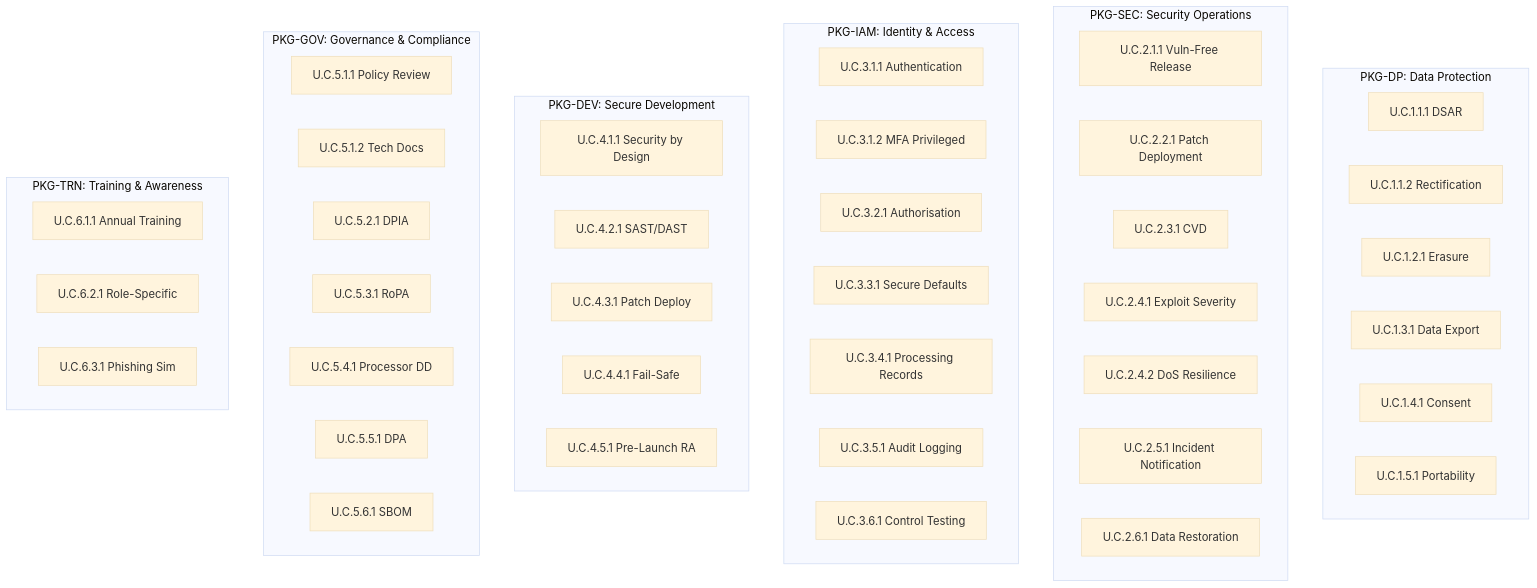
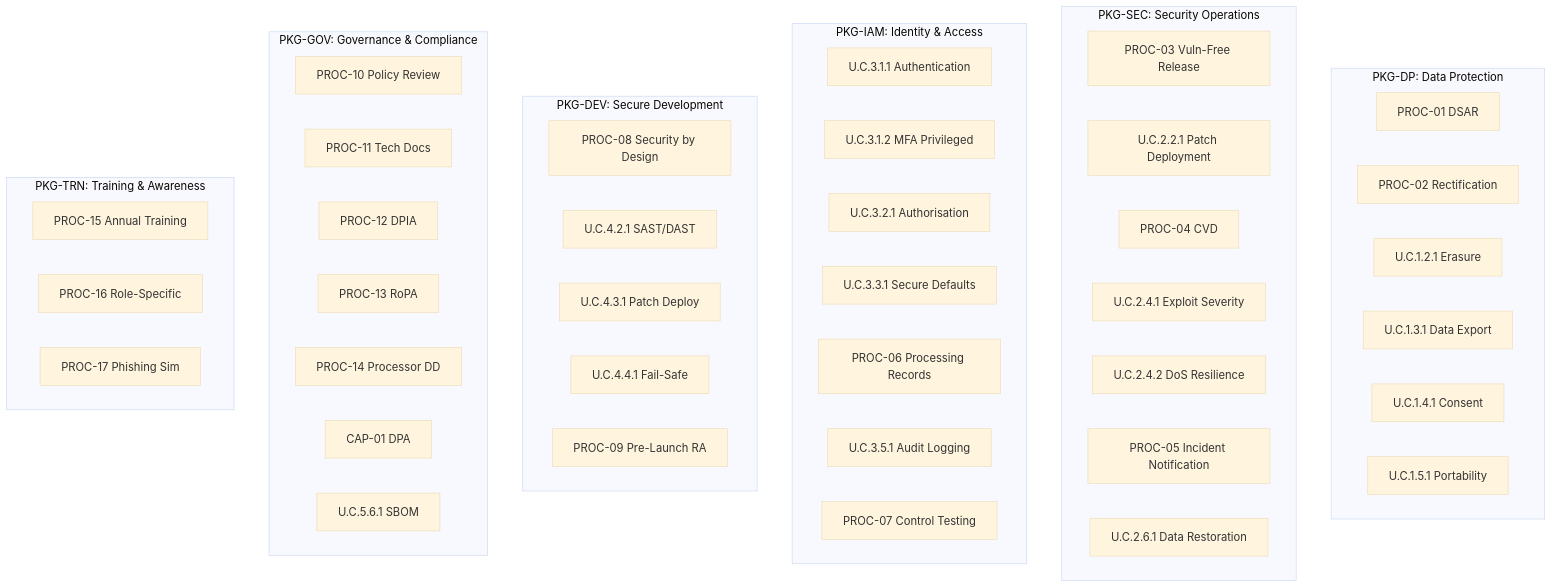
One commit to pauloribeiro16/Methodology_compact changed the first of 2 diagrams in 02_CASES/Case_01_TinyTask_SaaS/03_PHASE3_DECOMPOSITION_RICH/annexes/A_Use_Case_Diagrams.md. Above: the diagram before and after it, drawn with Mermaid (base theme). The commit also changed 20 other files, not shown here.

Commit message:
[EXECUTOR] LANE NAMING Case_01: 18 UCs re-laned (17 PROC + 1 CAP), 509 refs single-pass; Doc20 v3.1 §6.1 freeze superseded (P7); xlsx regenerated; gate PASS

````diff
--- a/02_CASES/Case_01_TinyTask_SaaS/03_PHASE3_DECOMPOSITION_RICH/annexes/A_Use_Case_Diagrams.md
+++ b/02_CASES/Case_01_TinyTask_SaaS/03_PHASE3_DECOMPOSITION_RICH/annexes/A_Use_Case_Diagrams.md
@@ -35,50 +35,50 @@
 ```mermaid
 graph TB
     subgraph PKG_DP[PKG-DP: Data Protection]
-        UC11[U.C.1.1.1 DSAR]
-        UC12[U.C.1.1.2 Rectification]
+        UC11[PROC-01 DSAR]
+        UC12[PROC-02 Rectification]
         UC13[U.C.1.2.1 Erasure]
         UC14[U.C.1.3.1 Data Export]
         UC15[U.C.1.4.1 Consent]
         UC16[U.C.1.5.1 Portability]
     end
     subgraph PKG_SEC[PKG-SEC: Security Operations]
-        UC21[U.C.2.1.1 Vuln-Free Release]
+        UC21[PROC-03 Vuln-Free Release]
         UC22[U.C.2.2.1 Patch Deployment]
-        UC23[U.C.2.3.1 CVD]
+        UC23[PROC-04 CVD]
         UC24[U.C.2.4.1 Exploit Severity]
         UC25[U.C.2.4.2 DoS Resilience]
-        UC26[U.C.2.5.1 Incident Notification]
+        UC26[PROC-05 Incident Notification]
         UC27[U.C.2.6.1 Data Restoration]
     end
     subgraph PKG_IAM[PKG-IAM: Identity & Access]
         UC31[U.C.3.1.1 Authentication]
         UC32[U.C.3.1.2 MFA Privileged]
         UC33[U.C.3.2.1 Authorisation]
         UC34[U.C.3.3.1 Secure Defaults]
-        UC35[U.C.3.4.1 Processing Records]
+        UC35[PROC-06 Processing Records]
         UC36[U.C.3.5.1 Audit Logging]
-        UC37[U.C.3.6.1 Control Testing]
+        UC37[PROC-07 Control Testing]
     end
     subgraph PKG_DEV[PKG-DEV: Secure Development]
-        UC41[U.C.4.1.1 Security by Design]
+        UC41[PROC-08 Security by Design]
         UC42[U.C.4.2.1 SAST/DAST]
         UC43[U.C.4.3.1 Patch Deploy]
         UC44[U.C.4.4.1 Fail-Safe]
-        UC45[U.C.4.5.1 Pre-Launch RA]
+        UC45[PROC-09 Pre-Launch RA]
     end
     subgraph PKG_GOV[PKG-GOV: Governance & Compliance]
-        UC51[U.C.5.1.1 Policy Review]
-        UC52[U.C.5.1.2 Tech Docs]
-        UC53[U.C.5.2.1 DPIA]
-        UC54[U.C.5.3.1 RoPA]
-        UC55[U.C.5.4.1 Processor DD]
-        UC56[U.C.5.5.1 DPA]
+        UC51[PROC-10 Policy Review]
+        UC52[PROC-11 Tech Docs]
+        UC53[PROC-12 DPIA]
+        UC54[PROC-13 RoPA]
+        UC55[PROC-14 Processor DD]
+        UC56[CAP-01 DPA]
         UC57[U.C.5.6.1 SBOM]
     end
     subgraph PKG_TRN[PKG-TRN: Training & Awareness]
-        UC61[U.C.6.1.1 Annual Training]
-        UC62[U.C.6.2.1 Role-Specific]
-        UC63[U.C.6.3.1 Phishing Sim]
+        UC61[PROC-15 Annual Training]
+        UC62[PROC-16 Role-Specific]
+        UC63[PROC-17 Phishing Sim]
     end
 ```
````
